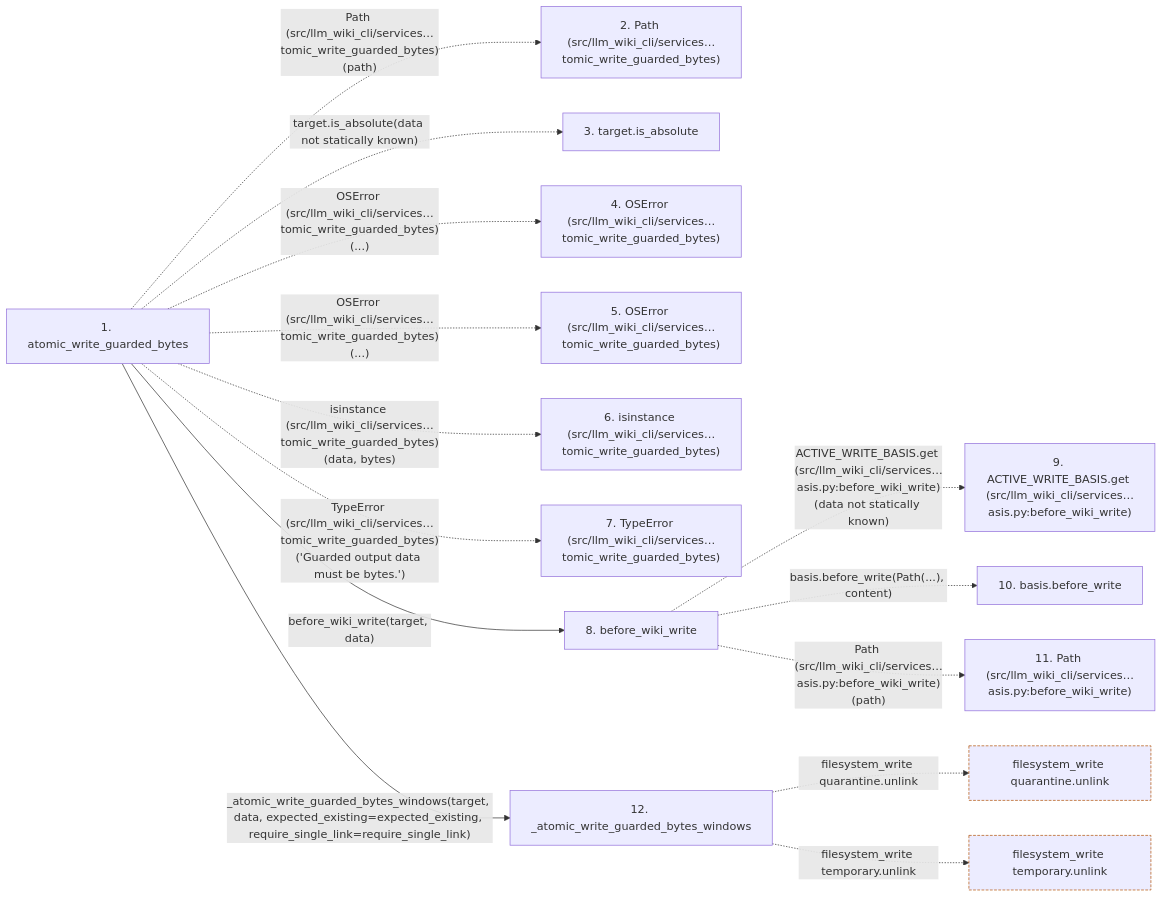
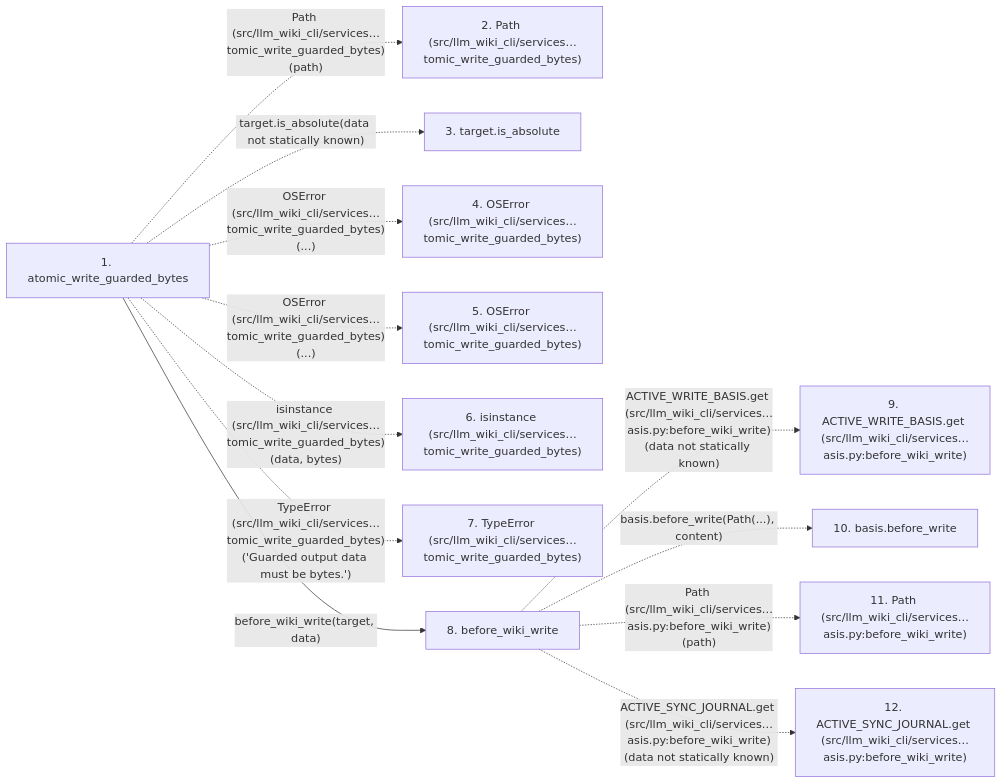
Before and after one commit to Denissvgn/python-wiki-llm: the second of 2 diagrams in docs/llm_wiki/flows/api-atomic_write_guarded_bytes.md, drawn with Mermaid. The commit also changed other lines of this file and 775 other files, not shown here.

````diff
--- a/docs/llm_wiki/flows/api-atomic_write_guarded_bytes.md
+++ b/docs/llm_wiki/flows/api-atomic_write_guarded_bytes.md
@@ -101,36 +101,28 @@
 ```mermaid
 flowchart LR
     s1["1. atomic_write_guarded_bytes"]
     s2["2. Path (src/llm_wiki_cli/services…tomic_write_guarded_bytes)"]
     s3["3. target.is_absolute"]
     s4["4. OSError (src/llm_wiki_cli/services…tomic_write_guarded_bytes)"]
     s5["5. OSError (src/llm_wiki_cli/services…tomic_write_guarded_bytes)"]
     s6["6. isinstance (src/llm_wiki_cli/services…tomic_write_guarded_bytes)"]
     s7["7. TypeError (src/llm_wiki_cli/services…tomic_write_guarded_bytes)"]
     s8["8. before_wiki_write"]
     s9["9. ACTIVE_WRITE_BASIS.get (src/llm_wiki_cli/services…asis.py:before_wiki_write)"]
     s10["10. basis.before_write"]
     s11["11. Path (src/llm_wiki_cli/services…asis.py:before_wiki_write)"]
-    s12["12. _atomic_write_guarded_bytes_windows"]
+    s12["12. ACTIVE_SYNC_JOURNAL.get (src/llm_wiki_cli/services…asis.py:before_wiki_write)"]
     s1 -. "Path (src/llm_wiki_cli/services…tomic_write_guarded_bytes)(path)" .-> s2
     s1 -. "target.is_absolute(data not statically known)" .-> s3
     s1 -. "OSError (src/llm_wiki_cli/services…tomic_write_guarded_bytes)(...)" .-> s4
     s1 -. "OSError (src/llm_wiki_cli/services…tomic_write_guarded_bytes)(...)" .-> s5
     s1 -. "isinstance (src/llm_wiki_cli/services…tomic_write_guarded_bytes)(data, bytes)" .-> s6
     s1 -. "TypeError (src/llm_wiki_cli/services…tomic_write_guarded_bytes)('Guarded output data must be bytes.')" .-> s7
     s1 -->|"before_wiki_write(target, data)"| s8
     s8 -. "ACTIVE_WRITE_BASIS.get (src/llm_wiki_cli/services…asis.py:before_wiki_write)(data not statically known)" .-> s9
     s8 -. "basis.before_write(Path(...), content)" .-> s10
     s8 -. "Path (src/llm_wiki_cli/services…asis.py:before_wiki_write)(path)" .-> s11
-    s1 -->|"_atomic_write_guarded_bytes_windows(target, data, expected_existing=expected_existing, require_single_link=require_single_link)"| s12
-    b0["filesystem_write quarantine.unlink"]
-    s12 -. "filesystem_write quarantine.unlink" .-> b0
-    b1["filesystem_write temporary.unlink"]
-    s12 -. "filesystem_write temporary.unlink" .-> b1
+    s8 -. "ACTIVE_SYNC_JOURNAL.get (src/llm_wiki_cli/services…asis.py:before_wiki_write)(data not statically known)" .-> s12
     click s1 "../modules/filesystem_guard.md"
     click s8 "../modules/wiki_write_basis.md"
-    click s12 "../modules/filesystem_guard.md"
-    classDef boundary stroke:#b45309,stroke-dasharray: 4 2
-    class b0 boundary
-    class b1 boundary
 ```
````
